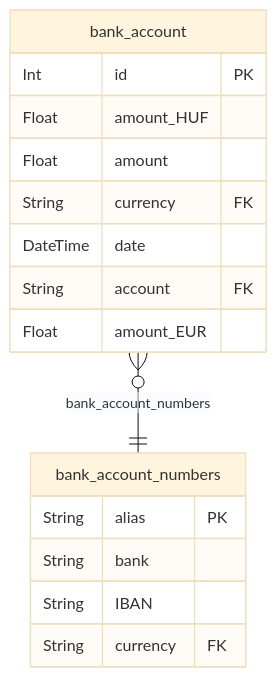
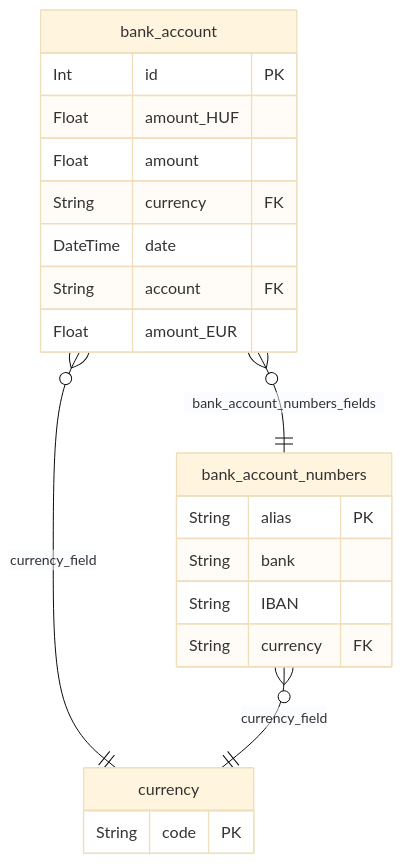
The first of 6 diagrams in wiki/dev/database.md (Kristofy/CompOffice), drawn with Mermaid (base theme) before and after one commit. The commit also changed other lines of this file and 29 other files, not shown here.

````diff
--- a/wiki/dev/database.md
+++ b/wiki/dev/database.md
@@ -12,19 +12,24 @@
 ```mermaid
 erDiagram
 "bank_account" {
   Int id PK
   Float amount_HUF
   Float amount
   String currency FK
   DateTime date
   String account FK
   Float amount_EUR
 }
 "bank_account_numbers" {
   String alias PK
   String bank
   String IBAN
   String currency FK
 }
-"bank_account" }o--|| "bank_account_numbers" : bank_account_numbers
+"currency" {
+  String code PK
+}
+"bank_account" }o--|| "bank_account_numbers" : bank_account_numbers_fields
+"bank_account" }o--|| "currency" : currency_field
+"bank_account_numbers" }o--|| "currency" : currency_field
 ```
````
